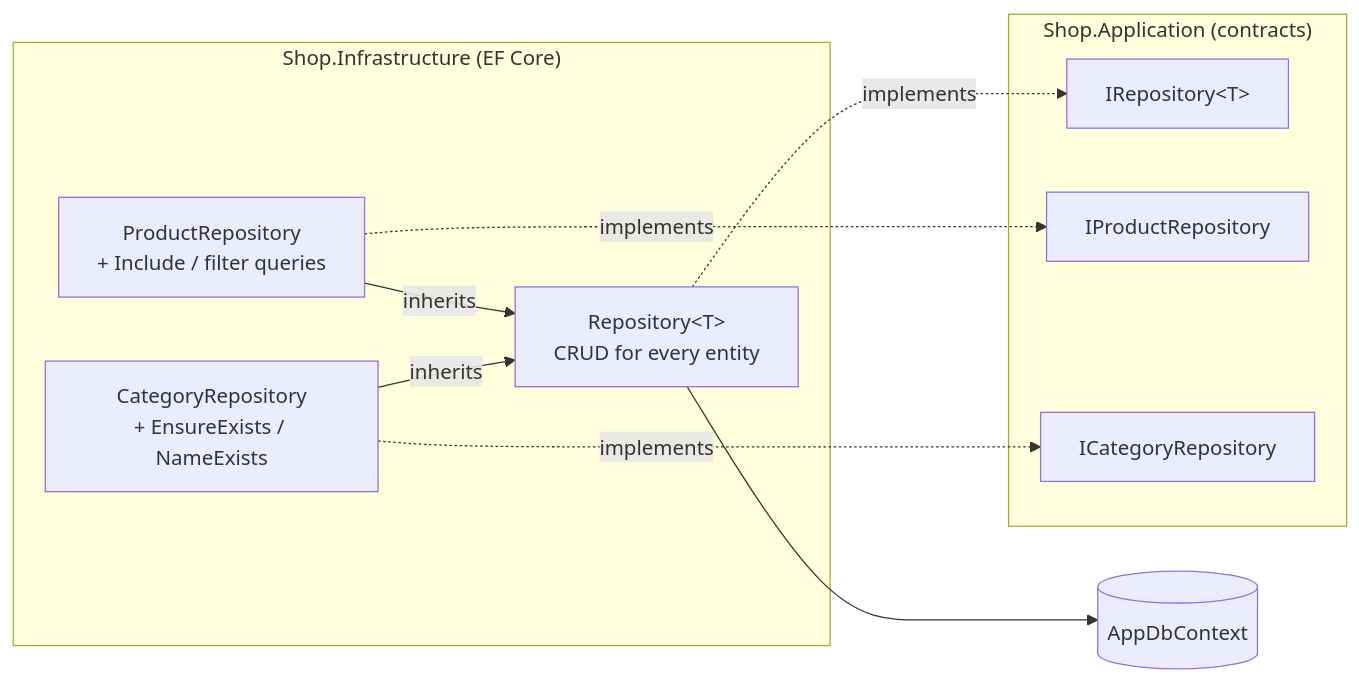
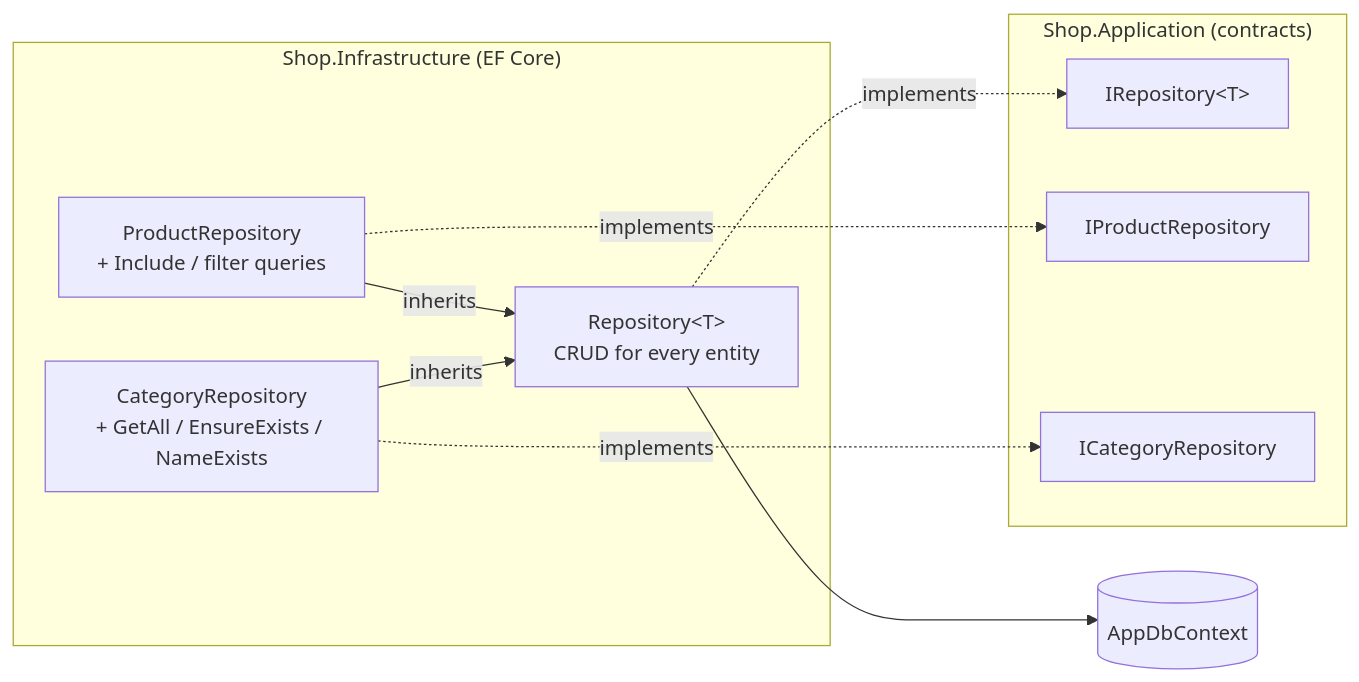
Before and after one commit to wesamkhateeb98-creator/clean-architecture-uow-repository: the third of 3 diagrams in docs/01-repository-pattern.md, drawn with Mermaid. The commit also changed other lines of this file and 73 other files, not shown here.

Commit message:
refactor: align Shop.Demo with clean-architecture template (Abstracts, IEntity, CompleteAsync/Transaction, Presentation layer)

````diff
--- a/docs/01-repository-pattern.md
+++ b/docs/01-repository-pattern.md
@@ -80,19 +98,19 @@
 ```mermaid
 flowchart LR
     subgraph App["Shop.Application (contracts)"]
         IR["IRepository#60;T#62;"]
         IPR[IProductRepository]
         ICR[ICategoryRepository]
     end
     subgraph Infra["Shop.Infrastructure (EF Core)"]
         R["Repository#60;T#62;<br/>CRUD for every entity"]
         PR["ProductRepository<br/>+ Include / filter queries"]
-        CR["CategoryRepository<br/>+ EnsureExists / NameExists"]
+        CR["CategoryRepository<br/>+ GetAll / EnsureExists / NameExists"]
     end
     R -. implements .-> IR
     PR -- inherits --> R
     CR -- inherits --> R
     PR -. implements .-> IPR
     CR -. implements .-> ICR
     R --> Ctx[(AppDbContext)]
 ```
````
